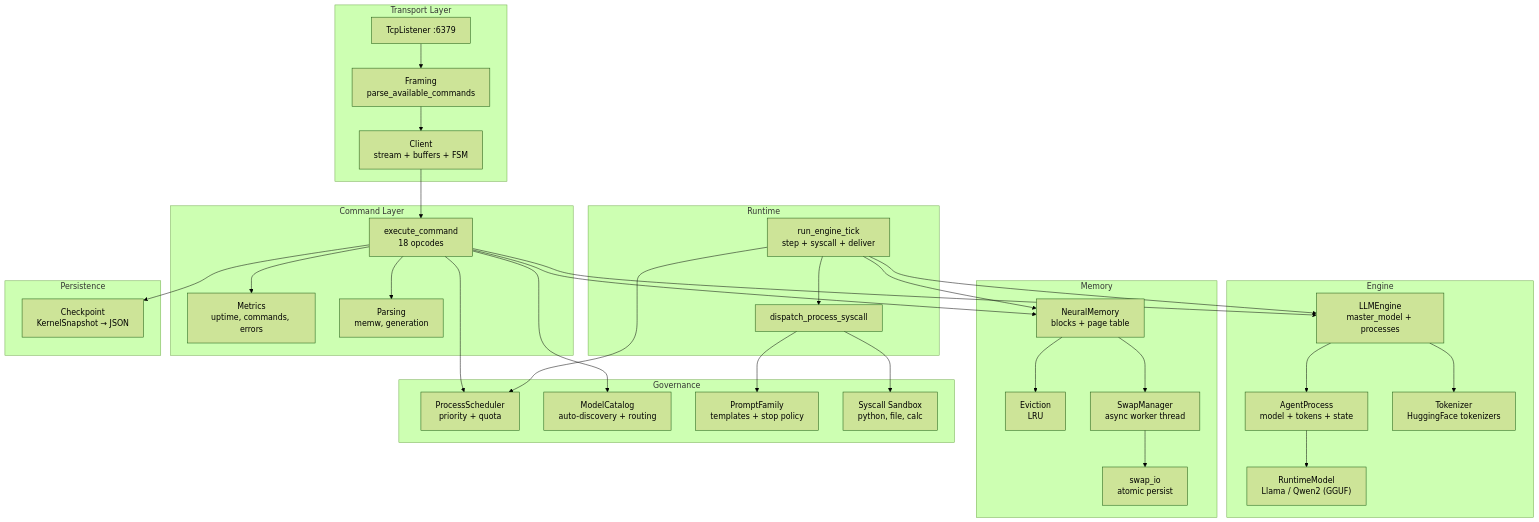
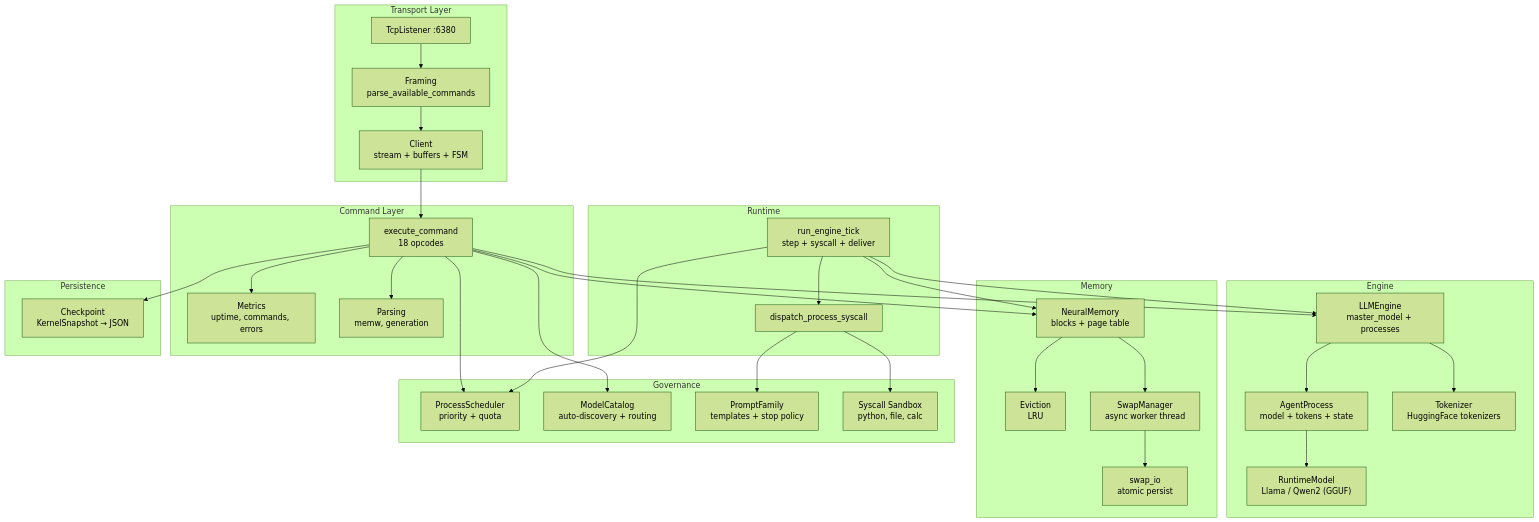
One commit to Bernuz2003/AgenticOS changed the first of 10 diagrams in ARCHITECTURE.md. Above: the diagram before and after it, drawn with Mermaid (forest theme). The commit also changed other lines of this file and 32 other files, not shown here.

````diff
--- a/ARCHITECTURE.md
+++ b/ARCHITECTURE.md
@@ -66,65 +66,65 @@
 ```mermaid
 graph TB
     subgraph "Transport Layer"
-        TCP["TcpListener :6379"]
+        TCP["TcpListener :6380"]
         FR["Framing<br/>parse_available_commands"]
         CL["Client<br/>stream + buffers + FSM"]
     end
 
     subgraph "Command Layer"
         CMD["execute_command<br/>18 opcodes"]
         MET["Metrics<br/>uptime, commands, errors"]
         PAR["Parsing<br/>memw, generation"]
     end
 
     subgraph "Engine"
         ENG["LLMEngine<br/>master_model + processes"]
         PROC["AgentProcess<br/>model + tokens + state"]
         BACK["RuntimeModel<br/>Llama / Qwen2 (GGUF)"]
         TOK["Tokenizer<br/>HuggingFace tokenizers"]
     end
 
     subgraph "Runtime"
         TICK["run_engine_tick<br/>step + syscall + deliver"]
         SYSC["dispatch_process_syscall"]
     end
 
     subgraph "Memory"
         NM["NeuralMemory<br/>blocks + page table"]
         EV["Eviction<br/>LRU"]
         SW["SwapManager<br/>async worker thread"]
         SIO["swap_io<br/>atomic persist"]
     end
 
     subgraph "Governance"
         SCHED["ProcessScheduler<br/>priority + quota"]
         CAT["ModelCatalog<br/>auto-discovery + routing"]
         PROM["PromptFamily<br/>templates + stop policy"]
         TOOLS["Syscall Sandbox<br/>python, file, calc"]
     end
 
     subgraph "Persistence"
         CKP["Checkpoint<br/>KernelSnapshot → JSON"]
     end
 
     TCP --> FR --> CL --> CMD
     CMD --> ENG
     CMD --> NM
     CMD --> SCHED
     CMD --> CAT
     CMD --> CKP
     CMD --> MET
     CMD --> PAR
 
     TICK --> ENG
     TICK --> NM
     TICK --> SCHED
     TICK --> SYSC --> TOOLS
     SYSC --> PROM
 
     ENG --> PROC --> BACK
     ENG --> TOK
 
     NM --> EV
     NM --> SW --> SIO
 ```
````
